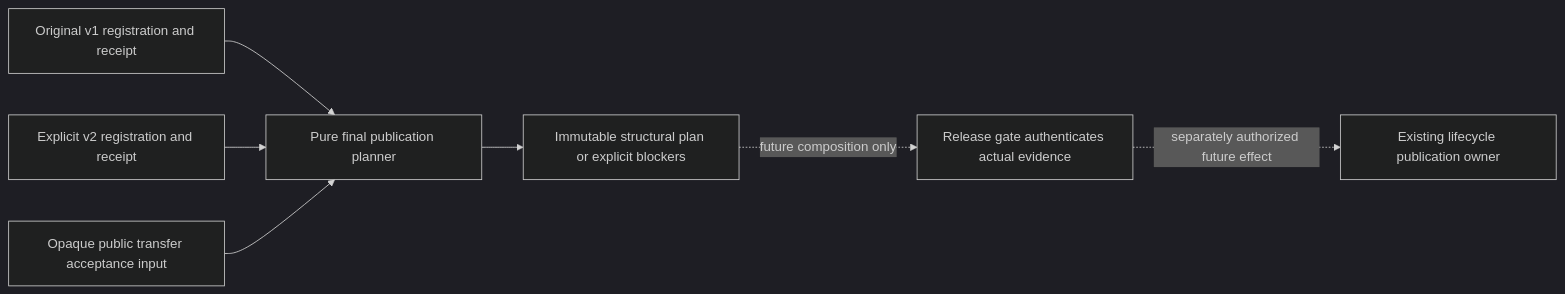
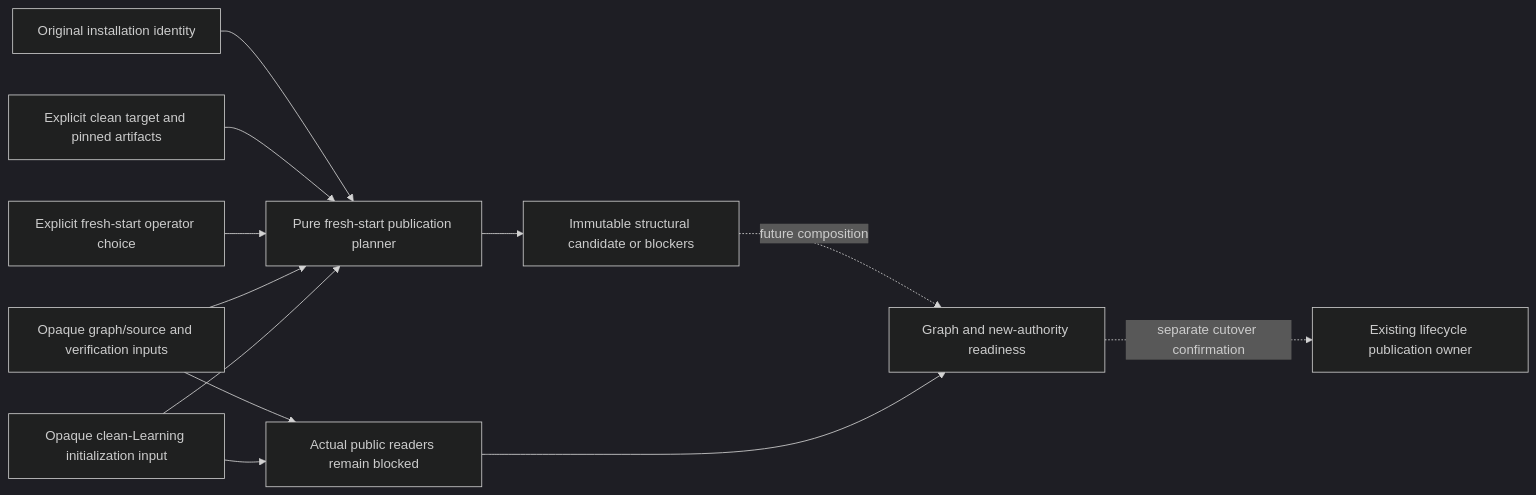
One commit to aaweaver-actuary/tempo changed the diagram in scripts/tests/fixtures/tempo-cutover-plan/README.md. Above: the diagram before and after it, drawn with Mermaid (dark theme). The commit also changed other lines of this file and 4 other files, not shown here.

Commit message:
Prepare graph-preserving fresh-start launcher planning

````diff
--- a/scripts/tests/fixtures/tempo-cutover-plan/README.md
+++ b/scripts/tests/fixtures/tempo-cutover-plan/README.md
@@ -30,9 +33,14 @@
 ```mermaid
 flowchart LR
-    Current[Original v1 registration and receipt] --> Planner[Pure final publication planner]
-    Proposed[Explicit v2 registration and receipt] --> Planner
-    Evidence[Opaque public transfer acceptance input] --> Planner
-    Planner --> Result[Immutable structural plan or explicit blockers]
-    Result -. future composition only .-> Gate[Release gate authenticates actual evidence]
-    Gate -. separately authorized future effect .-> Publish[Existing lifecycle publication owner]
+    Current[Original installation identity] --> Planner[Pure fresh-start publication planner]
+    Proposed[Explicit clean target and pinned artifacts] --> Planner
+    Choice[Explicit fresh-start operator choice] --> Planner
+    Graph[Opaque graph/source and verification inputs] --> Planner
+    Init[Opaque clean-Learning initialization input] --> Planner
+    Planner --> Candidate[Immutable structural candidate or blockers]
+    Graph --> Readers[Actual public readers remain blocked]
+    Init --> Readers
+    Candidate -. future composition .-> Gate[Graph and new-authority readiness]
+    Readers --> Gate
+    Gate -. separate cutover confirmation .-> Publish[Existing lifecycle publication owner]
 ```
````
